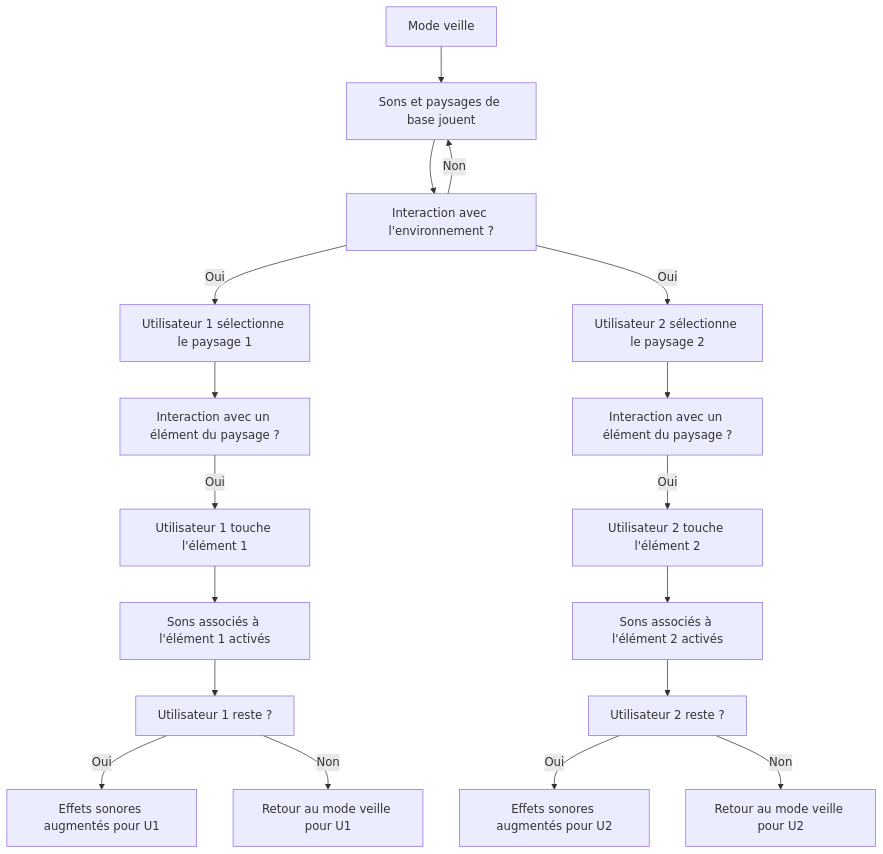
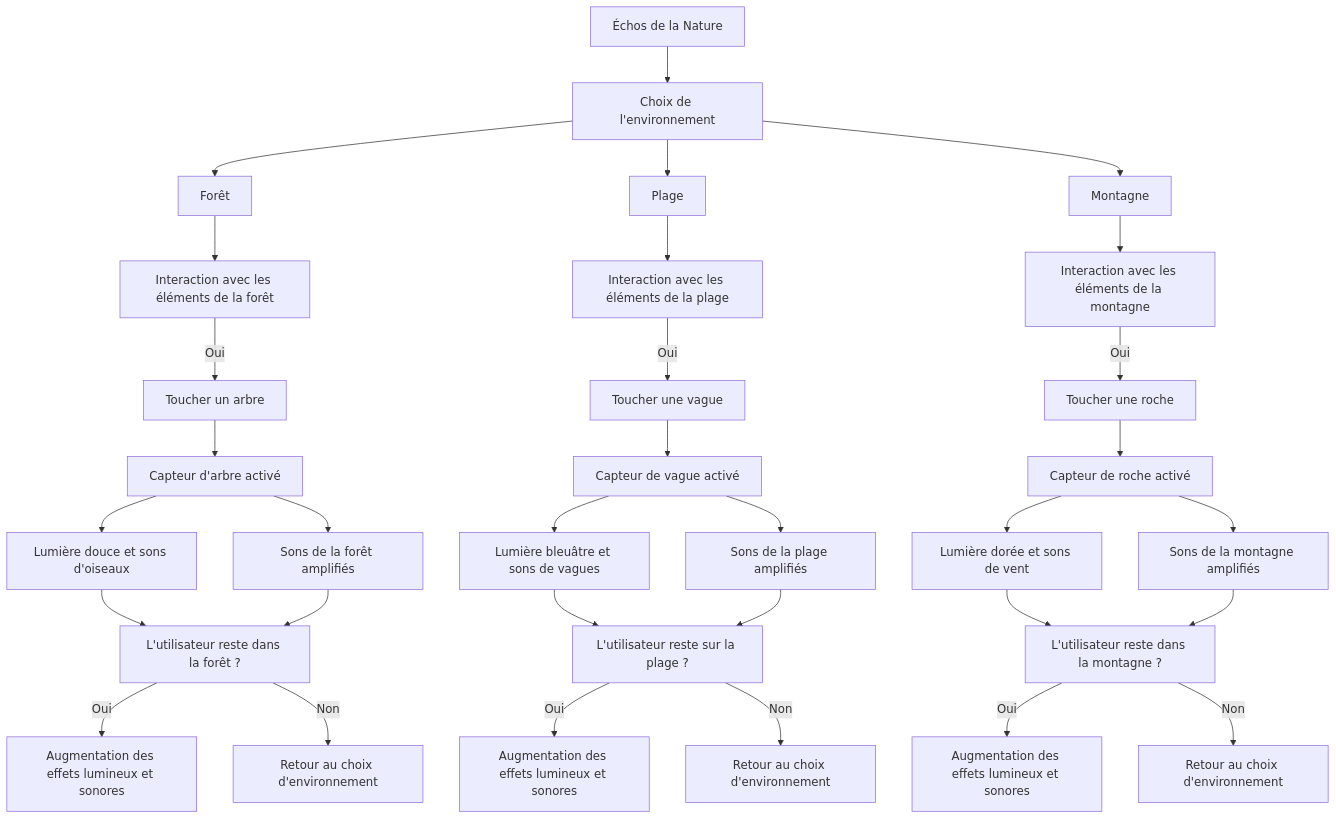
One commit to ikramert/projet_gestion_multimedia changed the diagram in README.md. Above: the diagram before and after it, drawn with Mermaid.

````diff
--- a/README.md
+++ b/README.md
@@ -18,33 +18,50 @@
 ```mermaid
     graph TD;
+    A[Échos de la Nature] --> B[Choix de l'environnement];
+    B --> C[Forêt];
+    B --> D[Plage];
+    B --> E[Montagne];
 
-    ModeVeille[Mode veille] --> AmbianceBase[Sons et paysages de base jouent];
-    AmbianceBase --> Interaction[Interaction avec l'environnement ?];
+    %% Interaction dans la Forêt
+    C --> F[Interaction avec les éléments de la forêt];
+    F -- Oui --> G[Toucher un arbre];
+    G --> H[Capteur d'arbre activé];
+    
+    H --> I[Lumière douce et sons d'oiseaux];
+    H --> J[Sons de la forêt amplifiés];
 
-    %% Interaction Utilisateur 1
-    Interaction -- Oui --> Paysage1[Utilisateur 1 sélectionne le paysage 1];
-    Paysage1 --> Interaction1[Interaction avec un élément du paysage ?];
+    I --> K[L'utilisateur reste dans la forêt ?];
+    J --> K;
 
-    Interaction1 -- Oui --> Element1[Utilisateur 1 touche l'élément 1];
-    Element1 --> Son1[Sons associés à l'élément 1 activés];
+    K -- Oui --> L[Augmentation des effets lumineux et sonores];
+    K -- Non --> M[Retour au choix d'environnement];
 
-    Son1 --> Reste1[Utilisateur 1 reste ?];
+    %% Interaction à la Plage
+    D --> N[Interaction avec les éléments de la plage];
+    N -- Oui --> O[Toucher une vague];
+    O --> P[Capteur de vague activé];
+    
+    P --> Q[Lumière bleuâtre et sons de vagues];
+    P --> R[Sons de la plage amplifiés];
 
-    Reste1 -- Oui --> PlusEffetsSons1[Effets sonores augmentés pour U1];
-    Reste1 -- Non --> RetourVeille1[Retour au mode veille pour U1];
+    Q --> S[L'utilisateur reste sur la plage ?];
+    R --> S;
 
-    %% Interaction Utilisateur 2
-    Interaction -- Oui --> Paysage2[Utilisateur 2 sélectionne le paysage 2];
-    Paysage2 --> Interaction2[Interaction avec un élément du paysage ?];
+    S -- Oui --> T[Augmentation des effets lumineux et sonores];
+    S -- Non --> U[Retour au choix d'environnement];
 
-    Interaction2 -- Oui --> Element2[Utilisateur 2 touche l'élément 2];
-    Element2 --> Son2[Sons associés à l'élément 2 activés];
+    %% Interaction à la Montagne
+    E --> V[Interaction avec les éléments de la montagne];
+    V -- Oui --> W[Toucher une roche];
+    W --> X[Capteur de roche activé];
+    
+    X --> Y[Lumière dorée et sons de vent];
+    X --> Z[Sons de la montagne amplifiés];
 
-    Son2 --> Reste2[Utilisateur 2 reste ?];
+    Y --> AA[L'utilisateur reste dans la montagne ?];
+    Z --> AA;
 
-    Reste2 -- Oui --> PlusEffetsSons2[Effets sonores augmentés pour U2];
-    Reste2 -- Non --> RetourVeille2[Retour au mode veille pour U2];
+    AA -- Oui --> AB[Augmentation des effets lumineux et sonores];
+    AA -- Non --> AC[Retour au choix d'environnement];
 
-    %% Retour au mode veille global
-    Interaction -- Non --> AmbianceBase;
 ```
````
